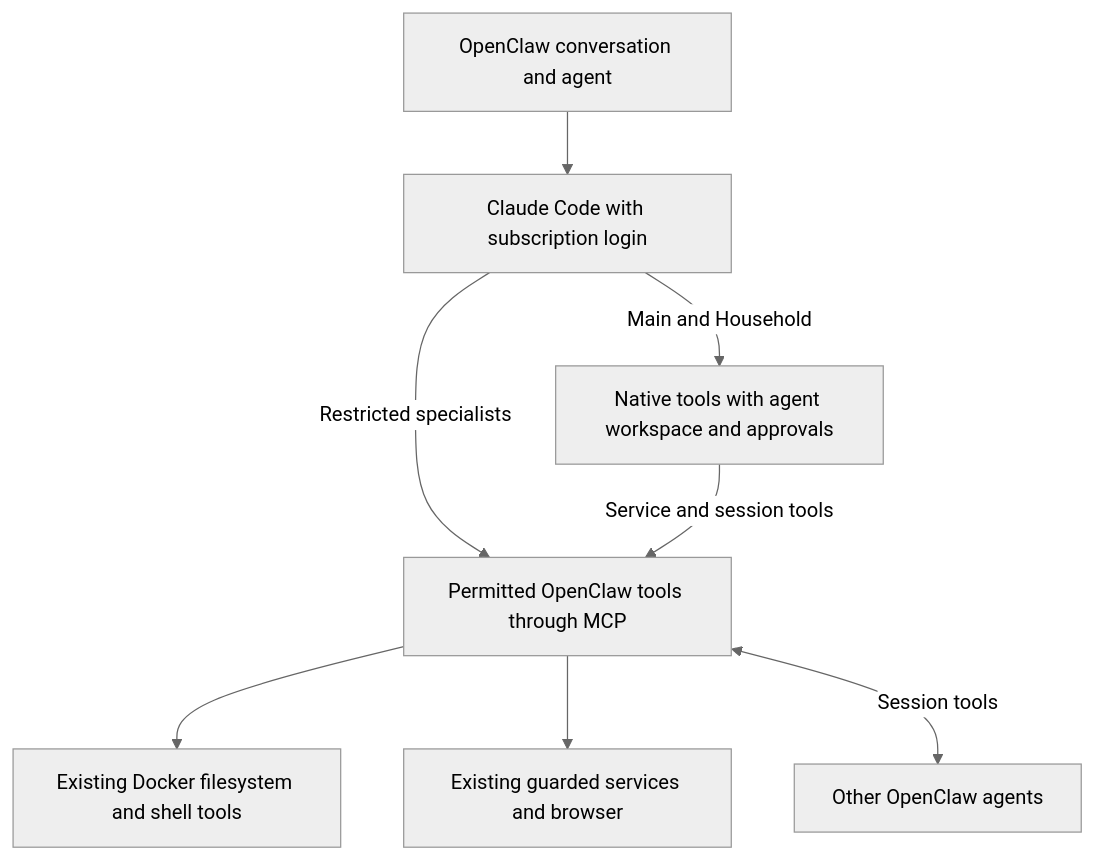
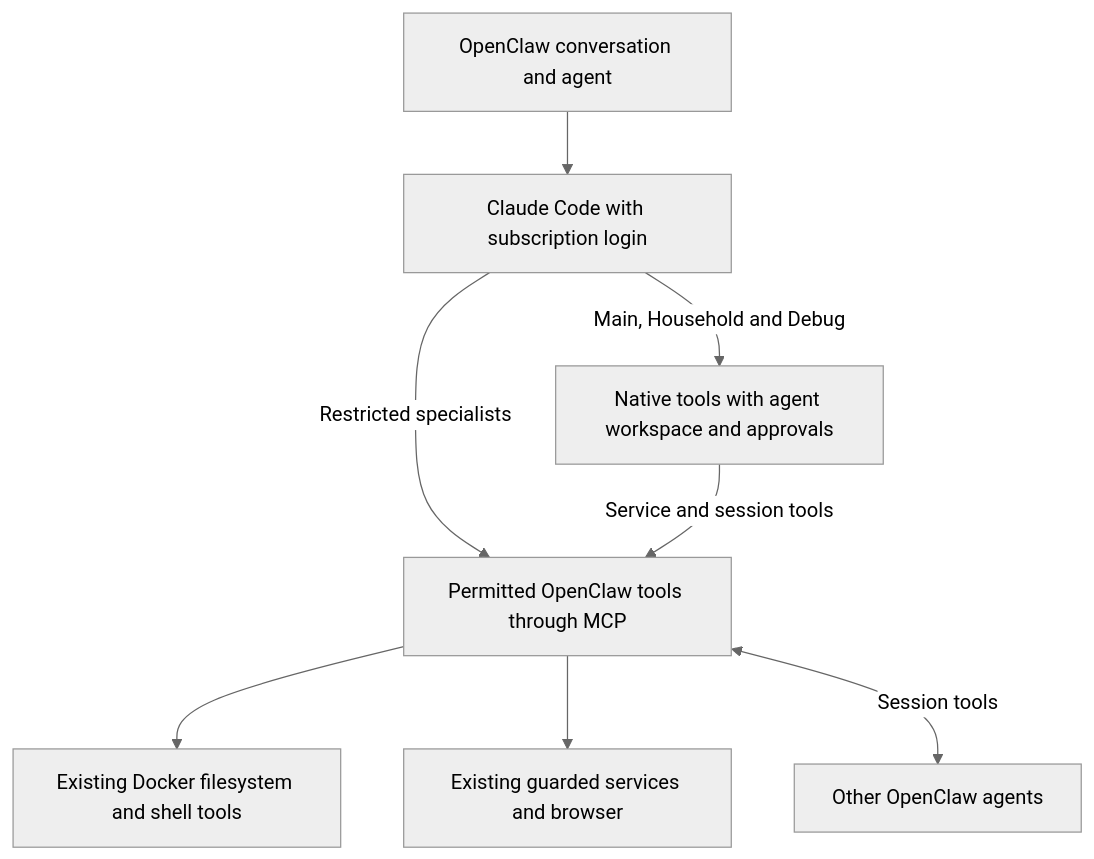
One commit to coletaylor788/puddles changed the diagram in docs/plans/claude-code-subscription-harness.md. Above: the diagram before and after it, drawn with Mermaid (neutral theme). The commit also changed other lines of this file, not shown here.

Commit message:
docs: include Debug in native Claude migration

````diff
--- a/docs/plans/claude-code-subscription-harness.md
+++ b/docs/plans/claude-code-subscription-harness.md
@@ -17,10 +17,10 @@
 ```mermaid
 flowchart TB
     OC["OpenClaw conversation and agent"] --> CC["Claude Code with subscription login"]
-    CC -->|"Main and Household"| Native["Native tools with agent workspace and approvals"]
+    CC -->|"Main, Household and Debug"| Native["Native tools with agent workspace and approvals"]
     CC -->|"Restricted specialists"| MCP["Permitted OpenClaw tools through MCP"]
     Native -->|"Service and session tools"| MCP
     MCP --> Docker["Existing Docker filesystem and shell tools"]
     MCP --> Services["Existing guarded services and browser"]
     MCP <-->|"Session tools"| Agents["Other OpenClaw agents"]
 ```
````
